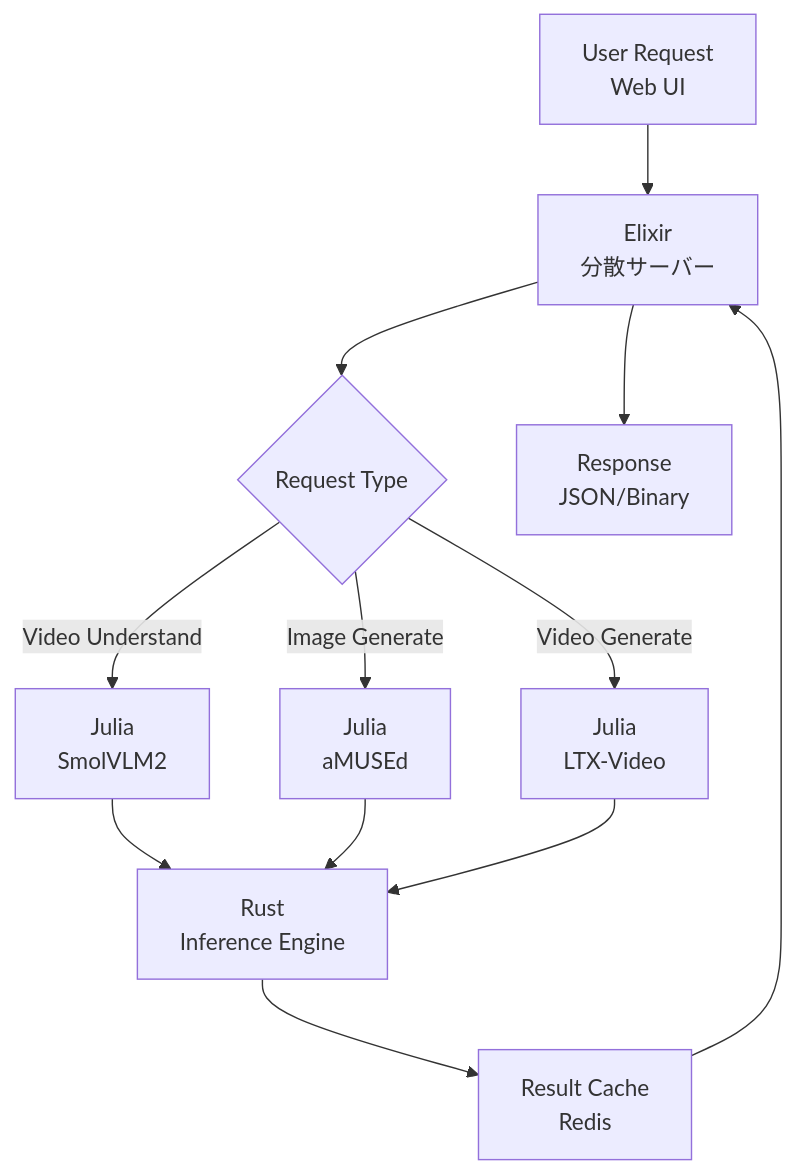
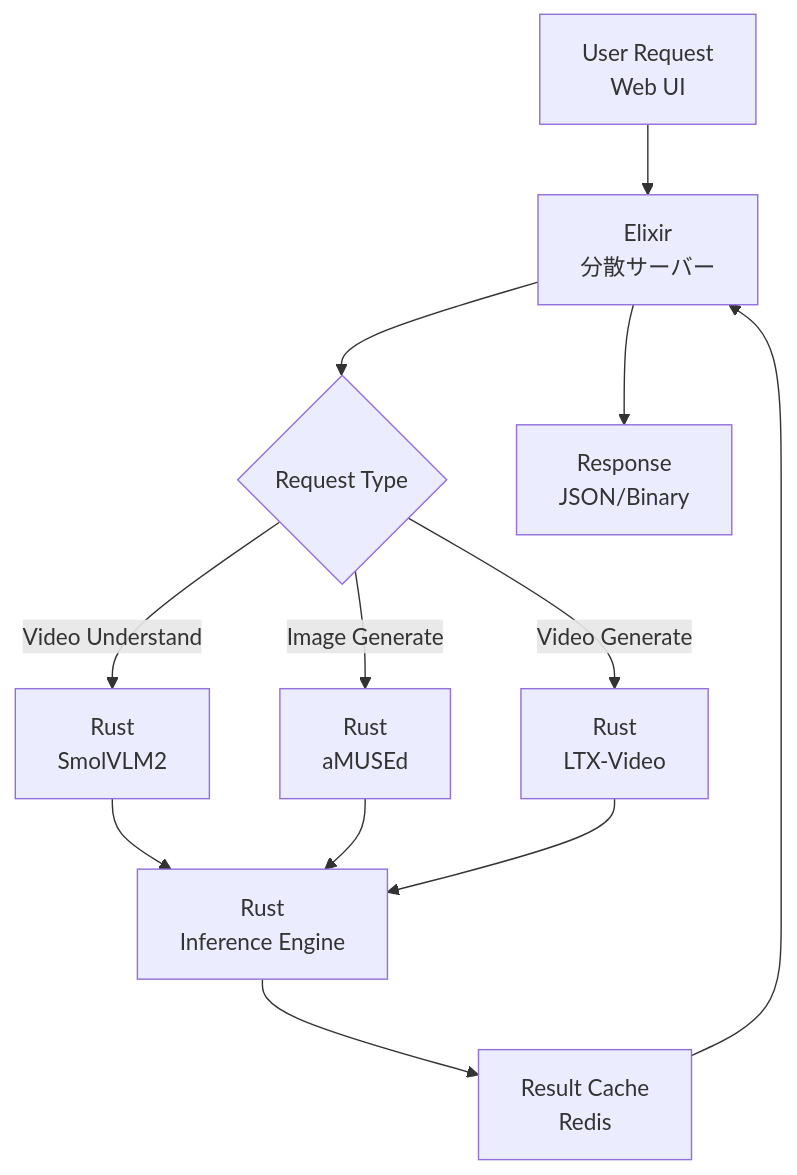
Before and after one commit to fumishiki/zenn: the fifth of 5 diagrams in articles/ml-lecture-50-part1.md, drawn with Mermaid. The commit also changed other lines of this file and 97 other files, not shown here.

````diff
--- a/articles/ml-lecture-50-part1.md
+++ b/articles/ml-lecture-50-part1.md
@@ -1429,16 +1435,16 @@
 ```mermaid
 graph TD
     A[User Request<br/>Web UI] --> B[Elixir<br/>分散サーバー]
     B --> C{Request Type}
-    C -->|Video Understand| D[Julia<br/>SmolVLM2]
-    C -->|Image Generate| E[Julia<br/>aMUSEd]
-    C -->|Video Generate| F[Julia<br/>LTX-Video]
+    C -->|Video Understand| D[Rust<br/>SmolVLM2]
+    C -->|Image Generate| E[Rust<br/>aMUSEd]
+    C -->|Video Generate| F[Rust<br/>LTX-Video]
 
     D --> G[Rust<br/>Inference Engine]
     E --> G
     F --> G
 
     G --> H[Result Cache<br/>Redis]
     H --> B
     B --> I[Response<br/>JSON/Binary]
 ```
````
